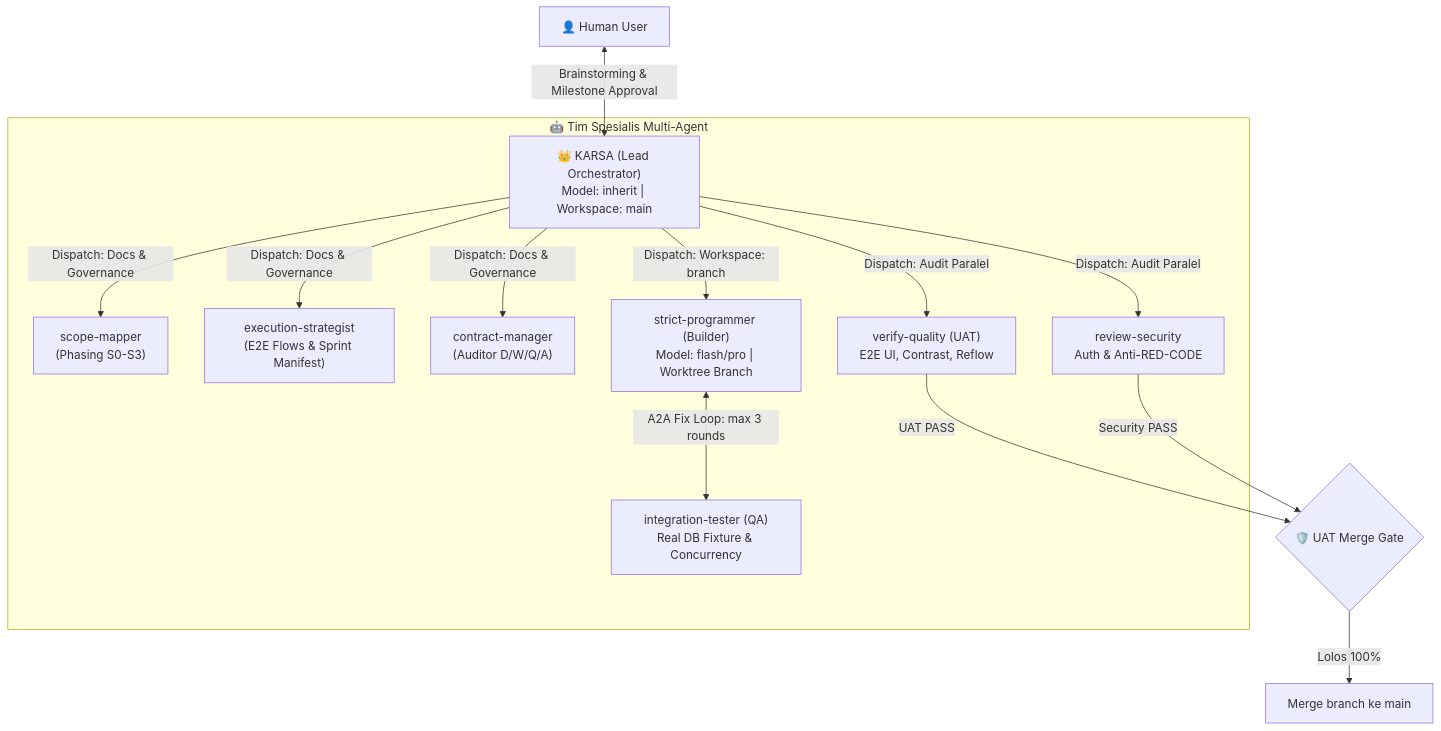
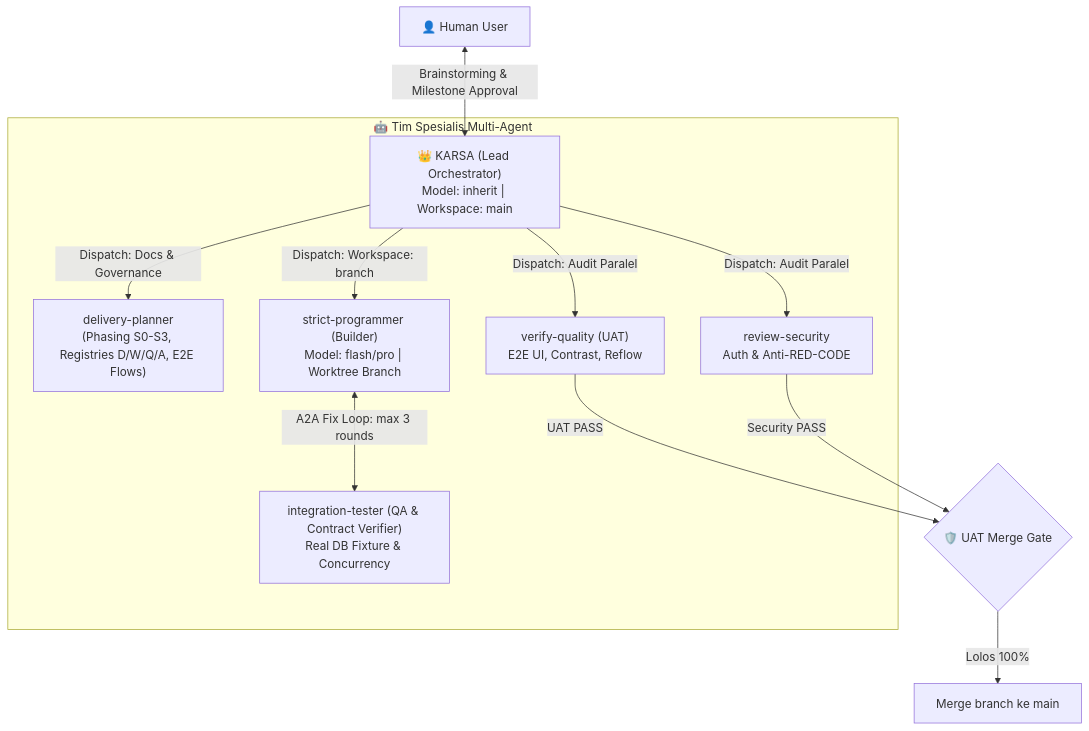
One commit to bestlian/karsa-orchestrator changed the diagram in README.md. Above: the diagram before and after it, drawn with Mermaid. The commit also changed other lines of this file and 18 other files, not shown here.

Commit message:
refactor: consolidate multi-agent architecture into 4 focused roles

````diff
--- a/README.md
+++ b/README.md
@@ -160,20 +160,18 @@
 ```mermaid
 flowchart TD
     User["👤 Human User"] <-->|Brainstorming & Milestone Approval| KARSA["👑 KARSA (Lead Orchestrator)\nModel: inherit | Workspace: main"]
     
     subgraph MultiAgentTeam ["🤖 Tim Spesialis Multi-Agent"]
-        KARSA -->|Dispatch: Docs & Governance| ScopeMapper["scope-mapper\n(Phasing S0-S3)"]
-        KARSA -->|Dispatch: Docs & Governance| Strategist["execution-strategist\n(E2E Flows & Sprint Manifest)"]
-        KARSA -->|Dispatch: Docs & Governance| ContractMgr["contract-manager\n(Auditor D/W/Q/A)"]
+        KARSA -->|Dispatch: Docs & Governance| Planner["delivery-planner\n(Phasing S0-S3, Registries D/W/Q/A, E2E Flows)"]
         
         KARSA -->|Dispatch: Workspace: branch| Builder["strict-programmer (Builder)\nModel: flash/pro | Worktree Branch"]
-        Builder <-->|A2A Fix Loop: max 3 rounds| Tester["integration-tester (QA)\nReal DB Fixture & Concurrency"]
+        Builder <-->|A2A Fix Loop: max 3 rounds| Tester["integration-tester (QA & Contract Verifier)\nReal DB Fixture & Concurrency"]
         
         KARSA -->|Dispatch: Audit Paralel| UATAuditor["verify-quality (UAT)\nE2E UI, Contrast, Reflow"]
         KARSA -->|Dispatch: Audit Paralel| SecAuditor["review-security\nAuth & Anti-RED-CODE"]
     end
     
     UATAuditor -->|UAT PASS| MergeGate{"🛡️ UAT Merge Gate"}
     SecAuditor -->|Security PASS| MergeGate
     MergeGate -->|Lolos 100%| MergeAction["Merge branch ke main"]
 ```
````
